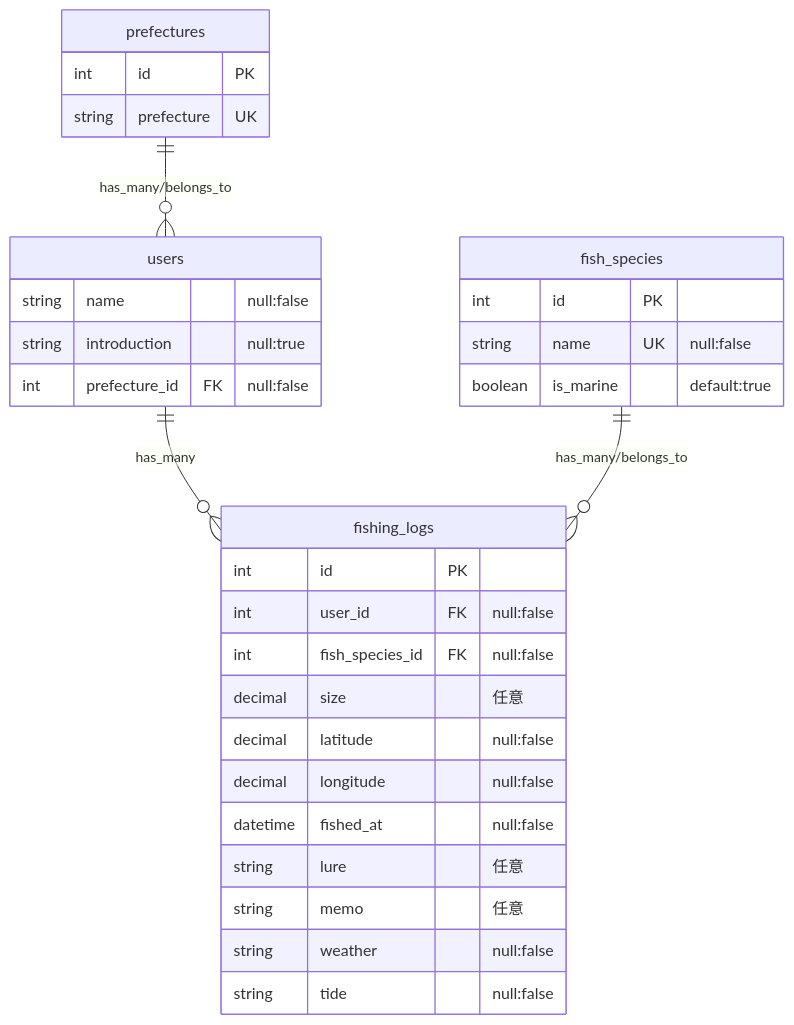
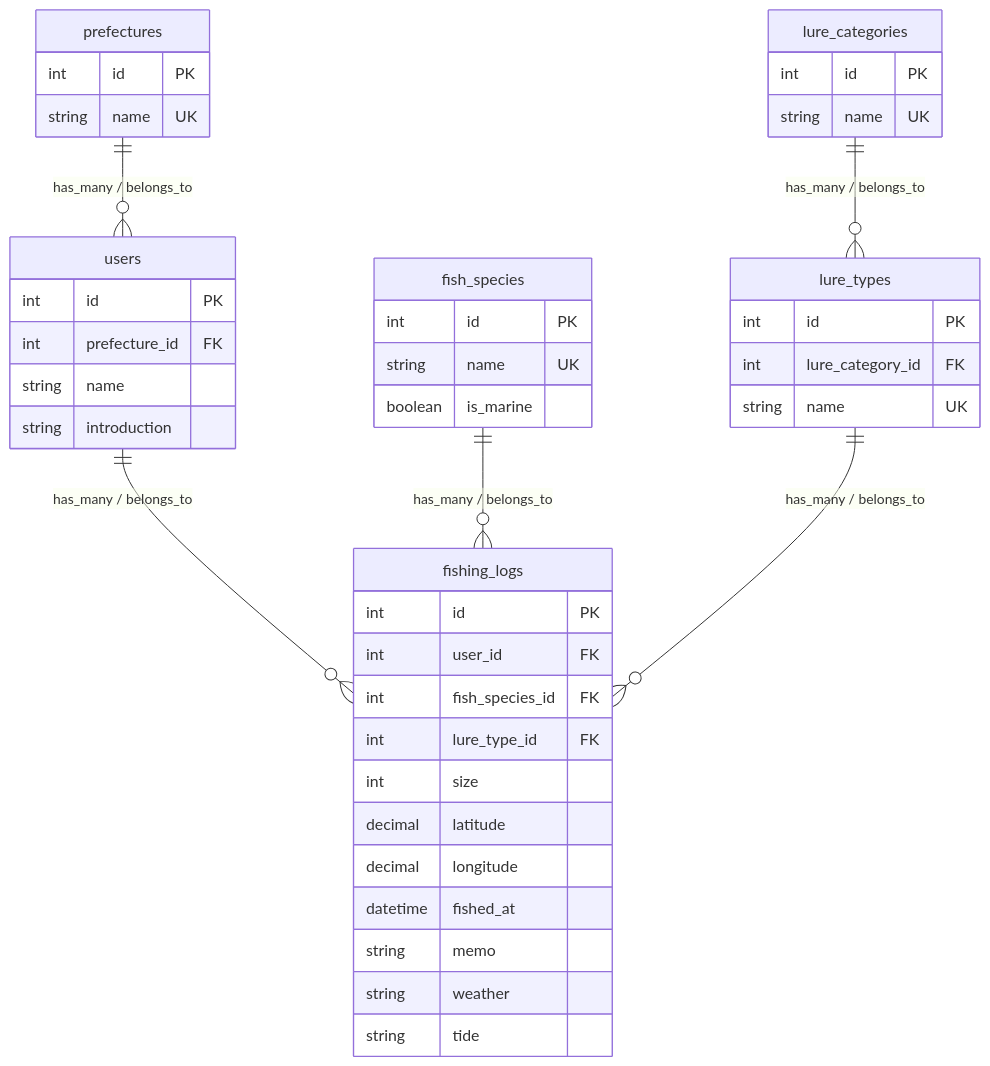
The diagram in README.md (yusakumer/fishing_app), drawn with Mermaid before and after one commit. The commit also changed other lines of this file, not shown here.

Commit message:
ER図変更

````diff
--- a/README.md
+++ b/README.md
@@ -3,42 +1,52 @@
 ```mermaid
 erDiagram
 
-users ||--o{ fishing_logs : "has_many"
-prefectures ||--o{ users : "has_many/belongs_to"
+    prefectures ||--o{ users : "has_many / belongs_to"
+    users ||--o{ fishing_logs : "has_many / belongs_to"
+    fish_species ||--o{ fishing_logs : "has_many / belongs_to"
+    lure_categories ||--o{ lure_types : "has_many / belongs_to"
+    lure_types ||--o{ fishing_logs : "has_many / belongs_to"
 
-fish_species ||--o{fishing_logs : "has_many/belongs_to"
+    prefectures {
+        int id PK
+        string name UK
+    }
 
+    users {
+        int id PK
+        int prefecture_id FK
+        string name
+        string introduction
+    }
 
-users {
-    string name "null:false"
-    string introduction "null:true"
-    int prefecture_id FK "null:false"
-}
+    fishing_logs {
+        int id PK
+        int user_id FK
+        int fish_species_id FK
+        int lure_type_id FK
+        int size
+        decimal latitude
+        decimal longitude
+        datetime fished_at
+        string memo
+        string weather
+        string tide
+    }
 
-fishing_logs {
-    int id PK
-    int user_id FK "null:false"
-    int fish_species_id FK "null:false"
-    decimal size "任意"
-    decimal latitude  "null:false"
-    decimal longitude "null:false"
-    datetime fished_at "null:false"
-    string lure "任意"
-    string memo　"任意"
-    string weather　"null:false"
-    string tide "null:false"
-}
+    fish_species {
+        int id PK
+        string name UK
+        boolean is_marine
+    }
 
-fish_species {
-    int id PK
-    string name UK "null:false"
-    boolean is_marine "default:true"
-}
+    lure_categories {
+        int id PK
+        string name UK
+    }
 
-prefectures {
-    int id PK
-    string prefecture UK
-}
-
-
+    lure_types {
+        int id PK
+        int lure_category_id FK
+        string name UK
+    }
 ```
````
